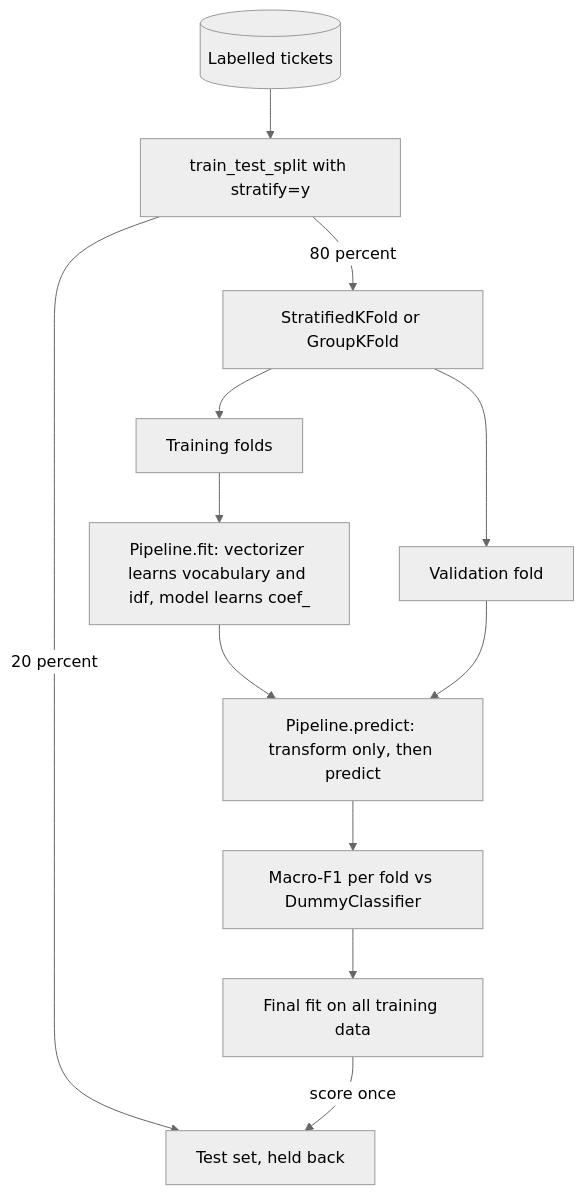
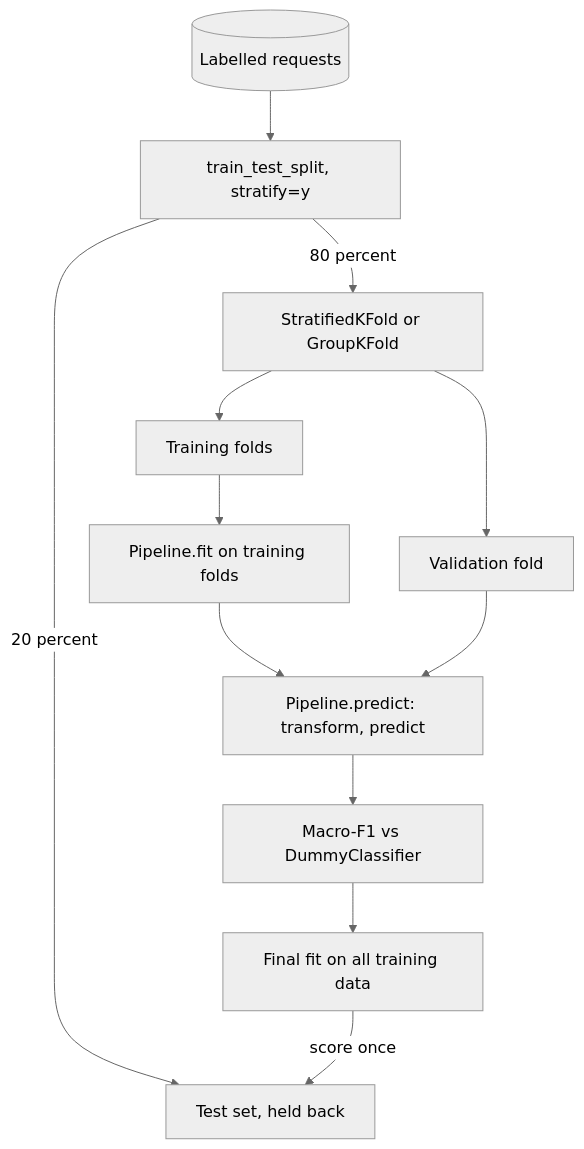
One commit to lovishmahajan97/agentic-learning changed the diagram in content/python-for-ai/scikit-learn-basics.md. Above: the diagram before and after it, drawn with Mermaid (neutral theme). The commit also changed other lines of this file and 266 other files, not shown here.

````diff
--- a/content/python-for-ai/scikit-learn-basics.md
+++ b/content/python-for-ai/scikit-learn-basics.md
@@ -121,14 +136,14 @@
 ```mermaid
 flowchart TD
-    D[("Labelled tickets")] --> S["train_test_split with stratify=y"]
+    D[("Labelled requests")] --> S["train_test_split, stratify=y"]
     S -->|"20 percent"| TE["Test set, held back"]
     S -->|"80 percent"| CV["StratifiedKFold or GroupKFold"]
     CV --> TR["Training folds"]
     CV --> VA["Validation fold"]
-    TR --> FIT["Pipeline.fit: vectorizer learns vocabulary and idf, model learns coef_"]
-    FIT --> PR["Pipeline.predict: transform only, then predict"]
+    TR --> FIT["Pipeline.fit on training folds"]
+    FIT --> PR["Pipeline.predict: transform, predict"]
     VA --> PR
-    PR --> M["Macro-F1 per fold vs DummyClassifier"]
+    PR --> M["Macro-F1 vs DummyClassifier"]
     M --> FF["Final fit on all training data"]
     FF -->|"score once"| TE
 ```
````
